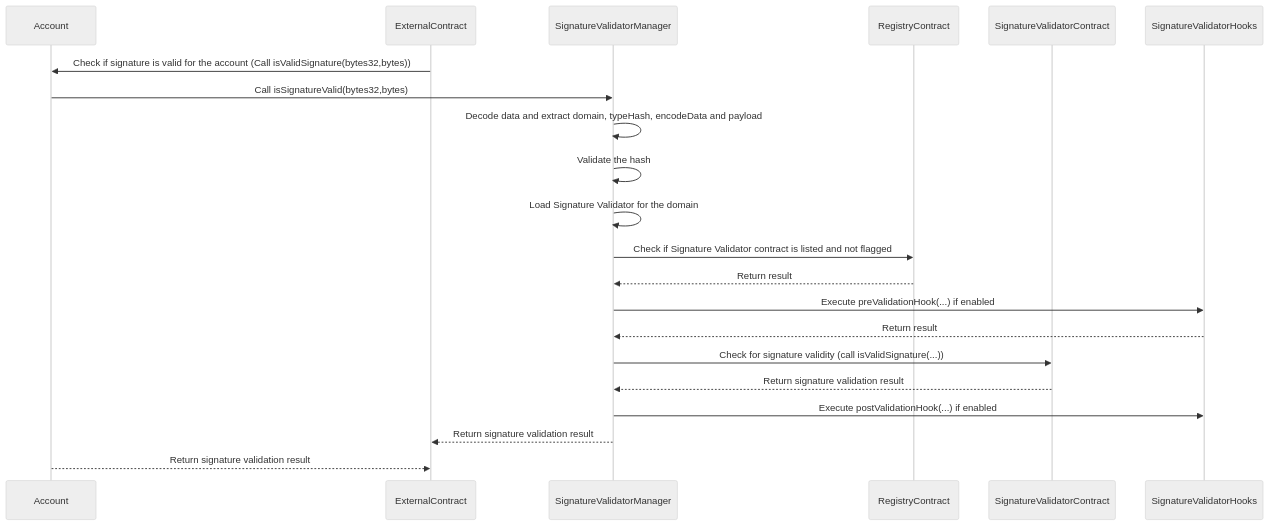
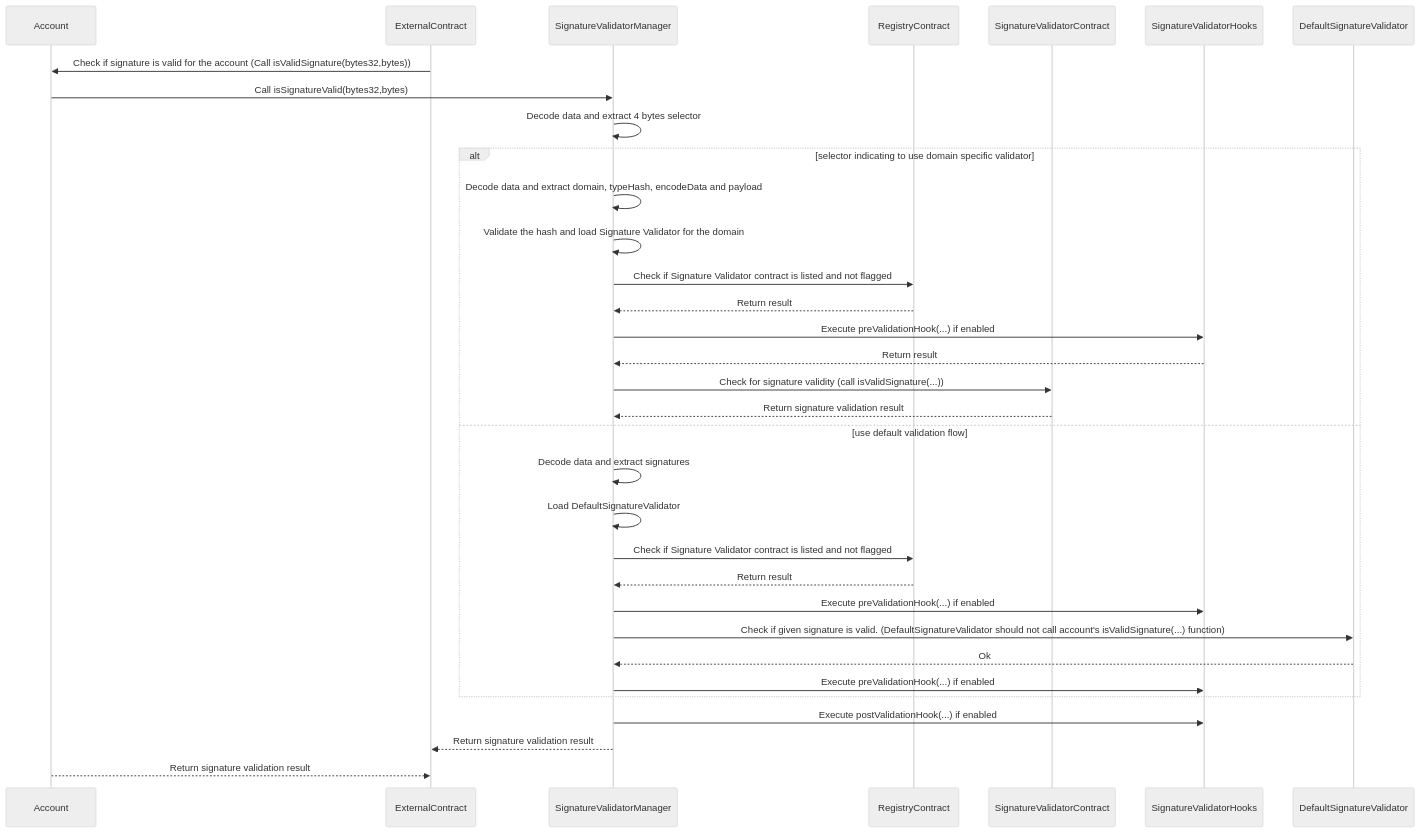
Before and after one commit to 5afe/safe-core-protocol-specs: the second of 3 diagrams in modules/README.md, drawn with Mermaid (neutral theme). The commit also changed other lines of this file, not shown here.

Commit message:
[#43] Add default validator

````diff
--- a/modules/README.md
+++ b/modules/README.md
@@ -146,25 +146,38 @@
 ```mermaid
 sequenceDiagram
 	participant Account
 	participant ExternalContract
 	participant SignatureValidatorManager
 	participant RegistryContract
 	participant SignatureValidatorContract
     participant SignatureValidatorHooks
+    participant DefaultSignatureValidator
 
 	ExternalContract->>Account: Check if signature is valid for the account (Call isValidSignature(bytes32,bytes))
     Account->>SignatureValidatorManager: Call isSignatureValid(bytes32,bytes)
-    SignatureValidatorManager->>SignatureValidatorManager: Decode data and extract domain, typeHash, encodeData and payload
-    SignatureValidatorManager->>SignatureValidatorManager: Validate the hash
-    SignatureValidatorManager->>SignatureValidatorManager: Load Signature Validator for the domain
-	SignatureValidatorManager->>RegistryContract: Check if Signature Validator contract is listed and not flagged
-	RegistryContract-->>SignatureValidatorManager: Return result
-    SignatureValidatorManager->>SignatureValidatorHooks: Execute preValidationHook(...) if enabled
-    SignatureValidatorHooks-->>SignatureValidatorManager: Return result
+    SignatureValidatorManager->>SignatureValidatorManager: Decode data and extract 4 bytes selector
+    alt selector indicating to use domain specific validator
+        SignatureValidatorManager->>SignatureValidatorManager: Decode data and extract domain, typeHash, encodeData and payload
+        SignatureValidatorManager->>SignatureValidatorManager: Validate the hash and load Signature Validator for the domain
+        SignatureValidatorManager->>RegistryContract: Check if Signature Validator contract is listed and not flagged
+        RegistryContract-->>SignatureValidatorManager: Return result
+        SignatureValidatorManager->>SignatureValidatorHooks: Execute preValidationHook(...) if enabled
+        SignatureValidatorHooks-->>SignatureValidatorManager: Return result
 
-	SignatureValidatorManager->>SignatureValidatorContract: Check for signature validity (call isValidSignature(...))
-	SignatureValidatorContract-->>SignatureValidatorManager: Return signature validation result
+        SignatureValidatorManager->>SignatureValidatorContract: Check for signature validity (call isValidSignature(...))
+        SignatureValidatorContract-->>SignatureValidatorManager: Return signature validation result
+
+    else use default validation flow
+        SignatureValidatorManager->>SignatureValidatorManager: Decode data and extract signatures
+        SignatureValidatorManager->>SignatureValidatorManager: Load DefaultSignatureValidator
+        SignatureValidatorManager->>RegistryContract: Check if Signature Validator contract is listed and not flagged
+        RegistryContract-->>SignatureValidatorManager: Return result
+        SignatureValidatorManager->>SignatureValidatorHooks: Execute preValidationHook(...) if enabled
+        SignatureValidatorManager->>DefaultSignatureValidator: Check if given signature is valid. (DefaultSignatureValidator should not call account's isValidSignature(...) function)
+        DefaultSignatureValidator-->>SignatureValidatorManager: Ok
+        SignatureValidatorManager->>SignatureValidatorHooks: Execute preValidationHook(...) if enabled
+    end
     SignatureValidatorManager->>SignatureValidatorHooks: Execute postValidationHook(...) if enabled
 	SignatureValidatorManager-->>ExternalContract: Return signature validation result
     Account-->>ExternalContract: Return signature validation result
 ```
````
